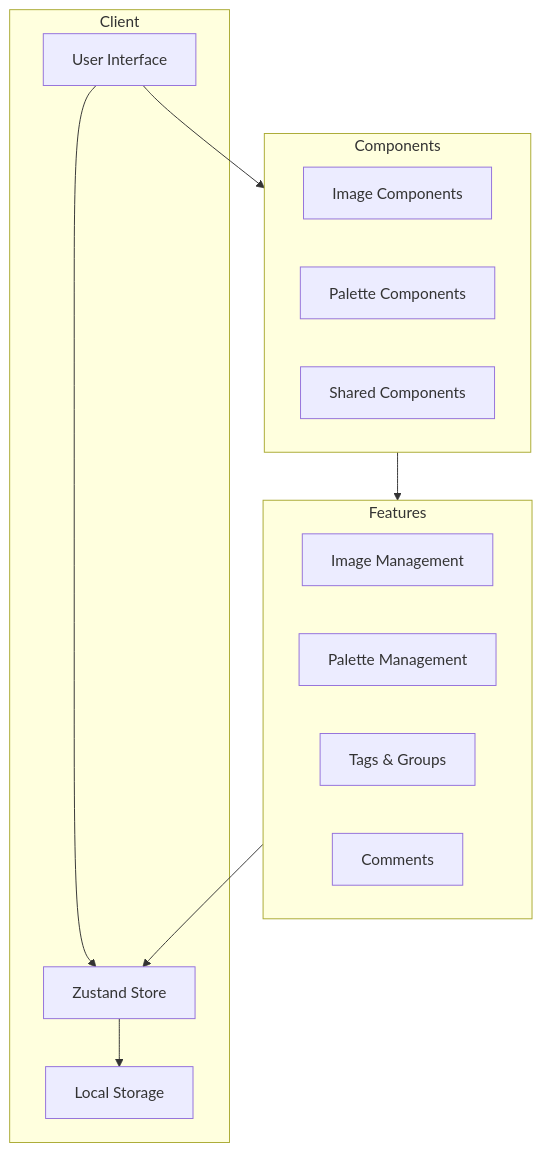
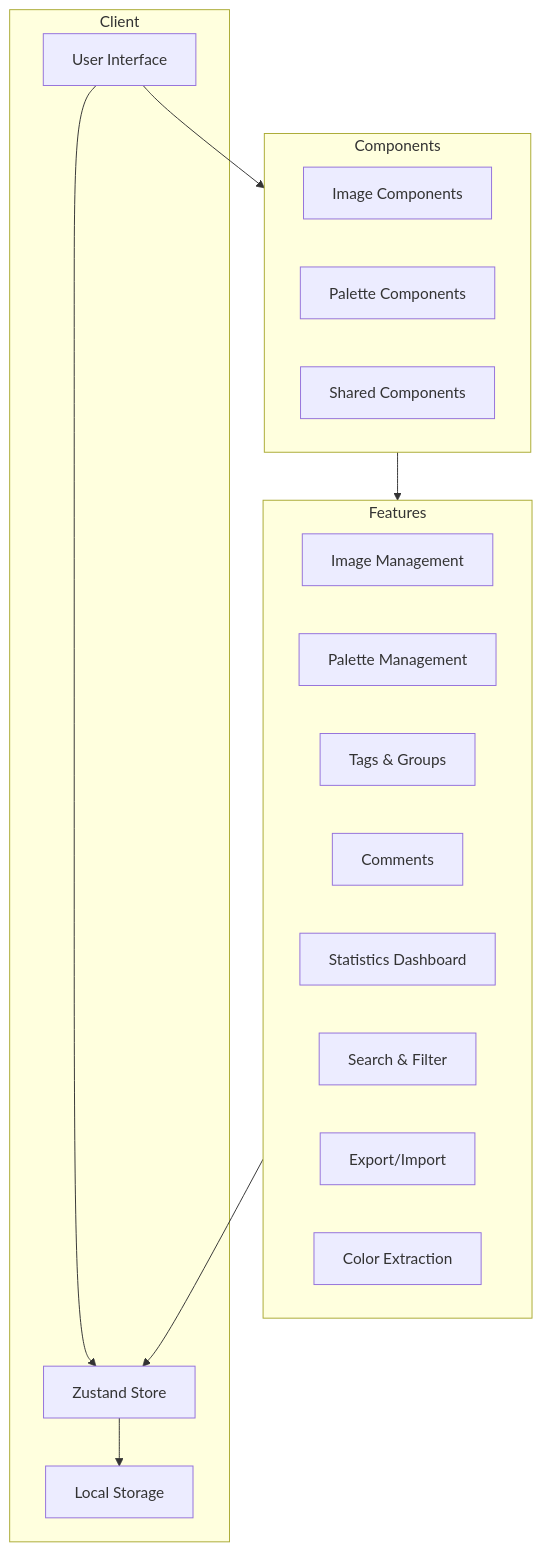
Before and after one commit to rebecagrn/pallette-project: the first of 2 diagrams in ARCHITECTURE.md, drawn with Mermaid. The commit also changed other lines of this file and 1 other file, not shown here.

````diff
--- a/ARCHITECTURE.md
+++ b/ARCHITECTURE.md
@@ -9,27 +9,31 @@
 ```mermaid
 graph TD
     subgraph Client
         UI[User Interface]
         Store[Zustand Store]
         LocalStorage[Local Storage]
     end
 
     subgraph Components
         IC[Image Components]
         PC[Palette Components]
         SC[Shared Components]
     end
 
     subgraph Features
         IM[Image Management]
         PM[Palette Management]
         TG[Tags & Groups]
         CM[Comments]
+        SD[Statistics Dashboard]
+        SF[Search & Filter]
+        EI[Export/Import]
+        CE[Color Extraction]
     end
 
     UI --> Store
     Store --> LocalStorage
     UI --> Components
     Components --> Features
     Features --> Store
 ```
````
